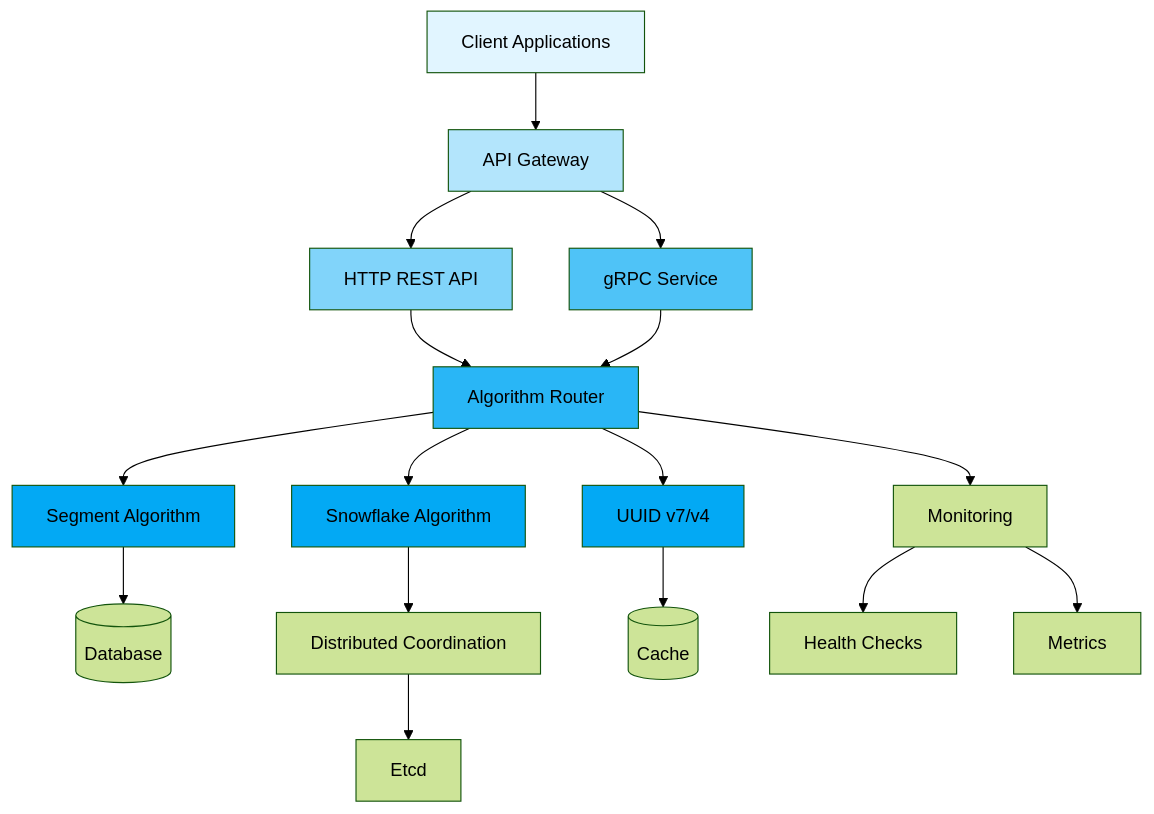
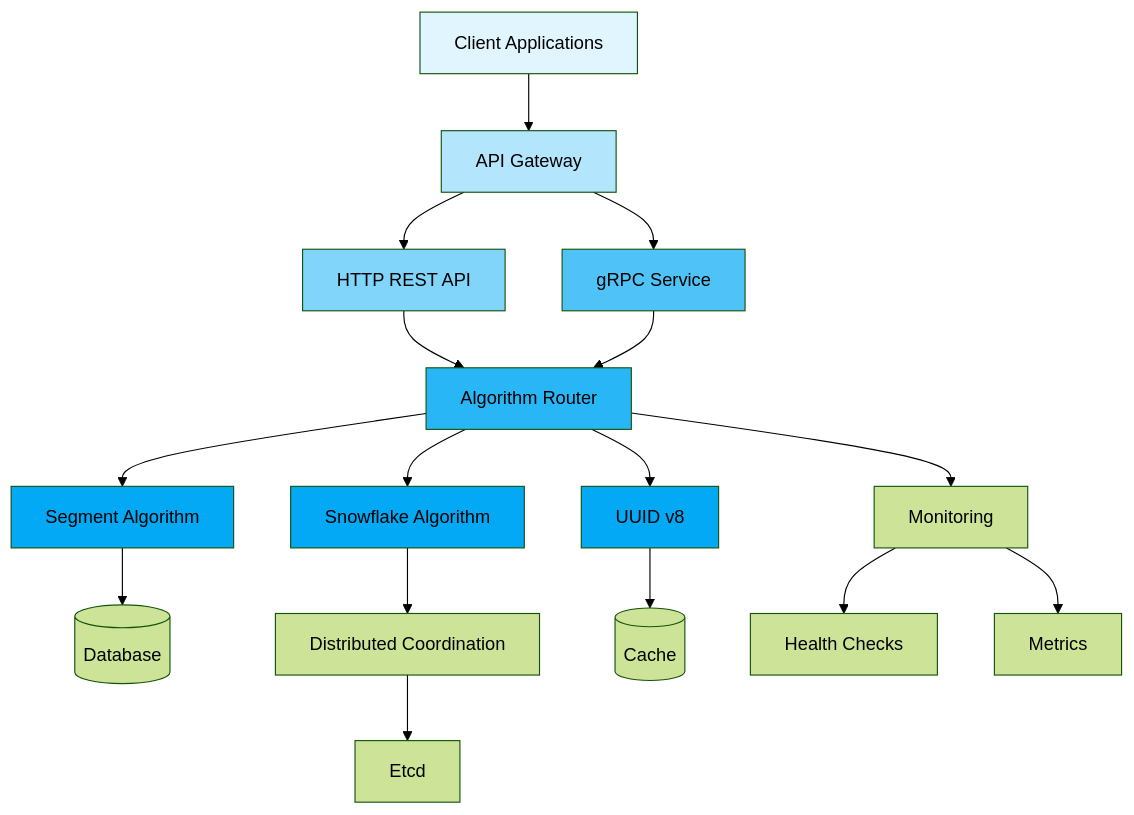
The second of 2 diagrams in README.md (Kirky-X/NebulaId), drawn with Mermaid (forest theme) before and after one commit. The commit also changed other lines of this file and 6 other files, not shown here.

````diff
--- a/README.md
+++ b/README.md
@@ -460,27 +461,27 @@
 ```mermaid
 graph TB
     A[Client Applications] --> B[API Gateway]
     B --> C[HTTP REST API]
     B --> D[gRPC Service]
     C --> E[Algorithm Router]
     D --> E
     E --> F[Segment Algorithm]
     E --> G[Snowflake Algorithm]
-    E --> H[UUID v7/v4]
+    E --> H[UUID v8]
     F --> I[(Database)]
     G --> J[Distributed Coordination]
     J --> K[Etcd]
     H --> L[(Cache)]
     E --> M[Monitoring]
     M --> N[Health Checks]
     M --> O[Metrics]
     
     style A fill:#e1f5ff
     style B fill:#b3e5fc
     style C fill:#81d4fa
     style D fill:#4fc3f7
     style E fill:#29b6f6
     style F fill:#03a9f4
     style G fill:#03a9f4
     style H fill:#03a9f4
 ```
````
